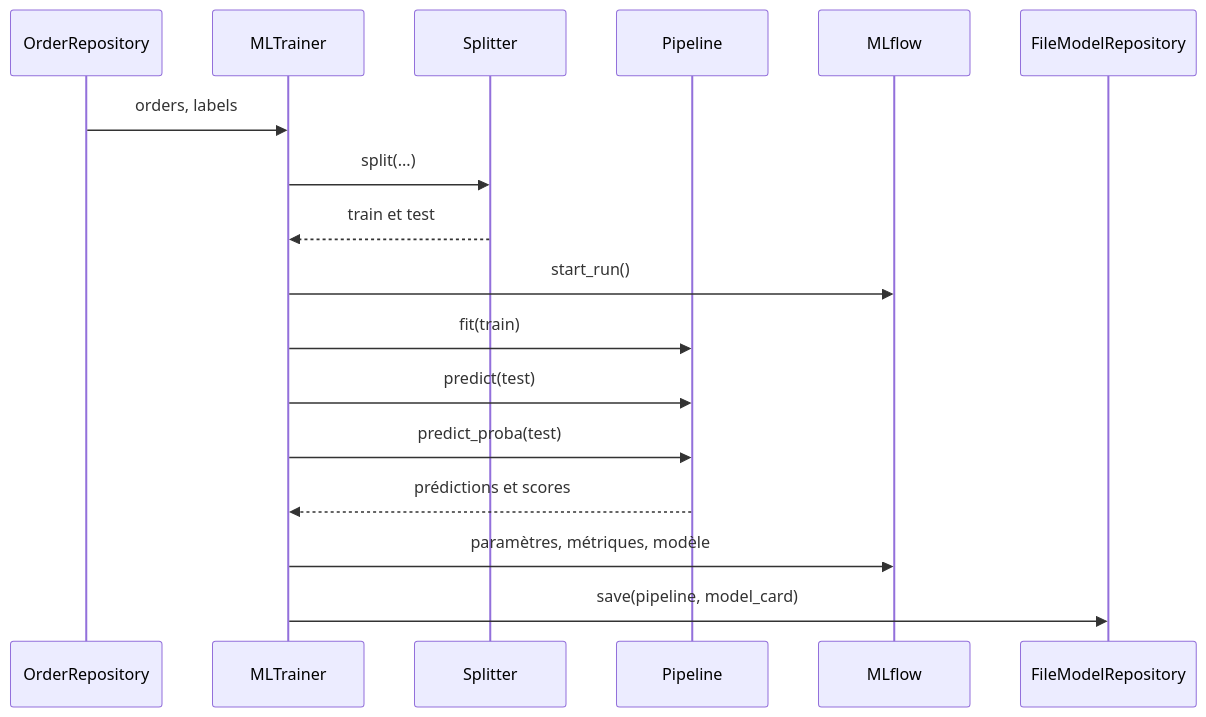
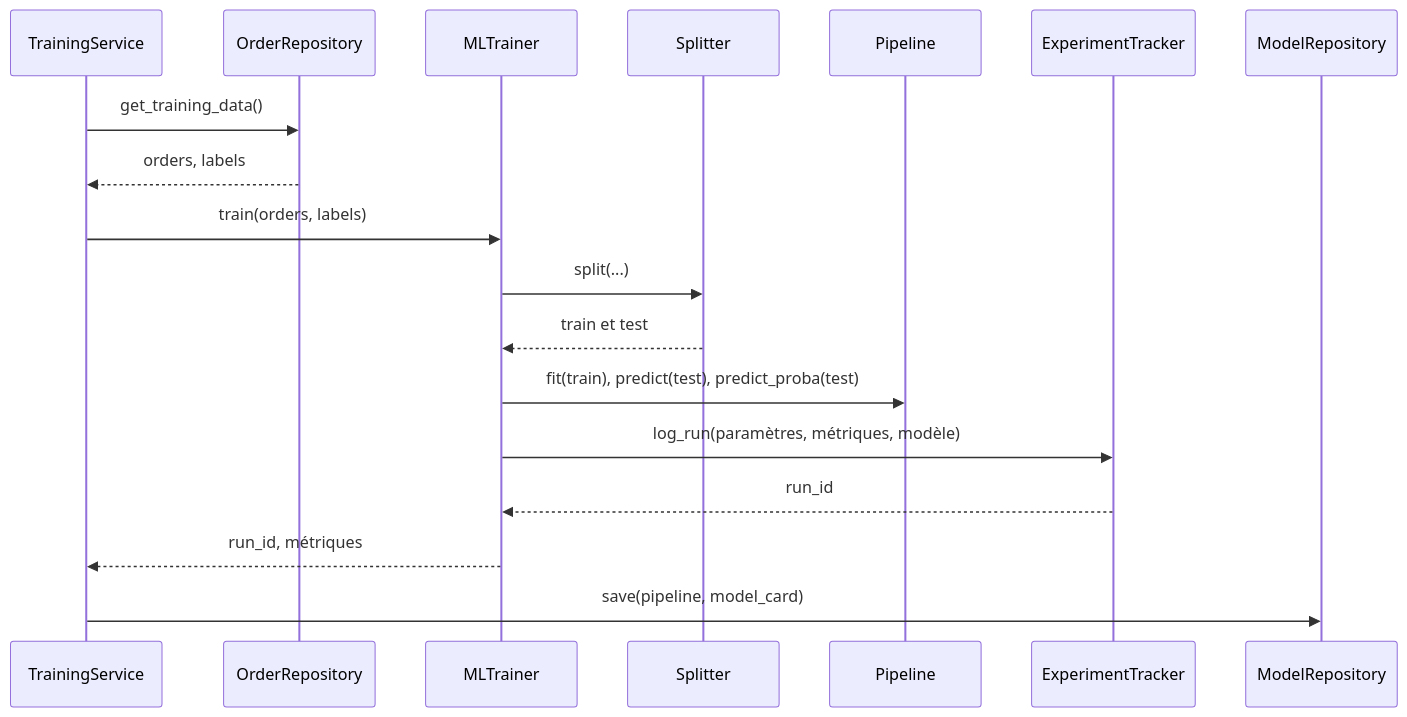
One commit to Golem953/eligibilite-livraison-express changed the fifth of 7 diagrams in ARCHITECTURE-livraison-express-lite.md. Above: the diagram before and after it, drawn with Mermaid. The commit also changed other lines of this file and 2 other files, not shown here.

Commit message:
docs: met à jour README, ADR et architecture après le refactoring

````diff
--- a/ARCHITECTURE-livraison-express-lite.md
+++ b/ARCHITECTURE-livraison-express-lite.md
@@ -243,19 +242,20 @@
 ```mermaid
 sequenceDiagram
+    participant TS as TrainingService
     participant R as OrderRepository
     participant T as MLTrainer
     participant S as Splitter
     participant P as Pipeline
-    participant M as MLflow
-    participant F as FileModelRepository
-    R->>T: orders, labels
+    participant K as ExperimentTracker
+    participant F as ModelRepository
+    TS->>R: get_training_data()
+    R-->>TS: orders, labels
+    TS->>T: train(orders, labels)
     T->>S: split(...)
     S-->>T: train et test
-    T->>M: start_run()
-    T->>P: fit(train)
-    T->>P: predict(test)
-    T->>P: predict_proba(test)
-    P-->>T: prédictions et scores
-    T->>M: paramètres, métriques, modèle
-    T->>F: save(pipeline, model_card)
+    T->>P: fit(train), predict(test), predict_proba(test)
+    T->>K: log_run(paramètres, métriques, modèle)
+    K-->>T: run_id
+    T-->>TS: run_id, métriques
+    TS->>F: save(pipeline, model_card)
 ```
````
